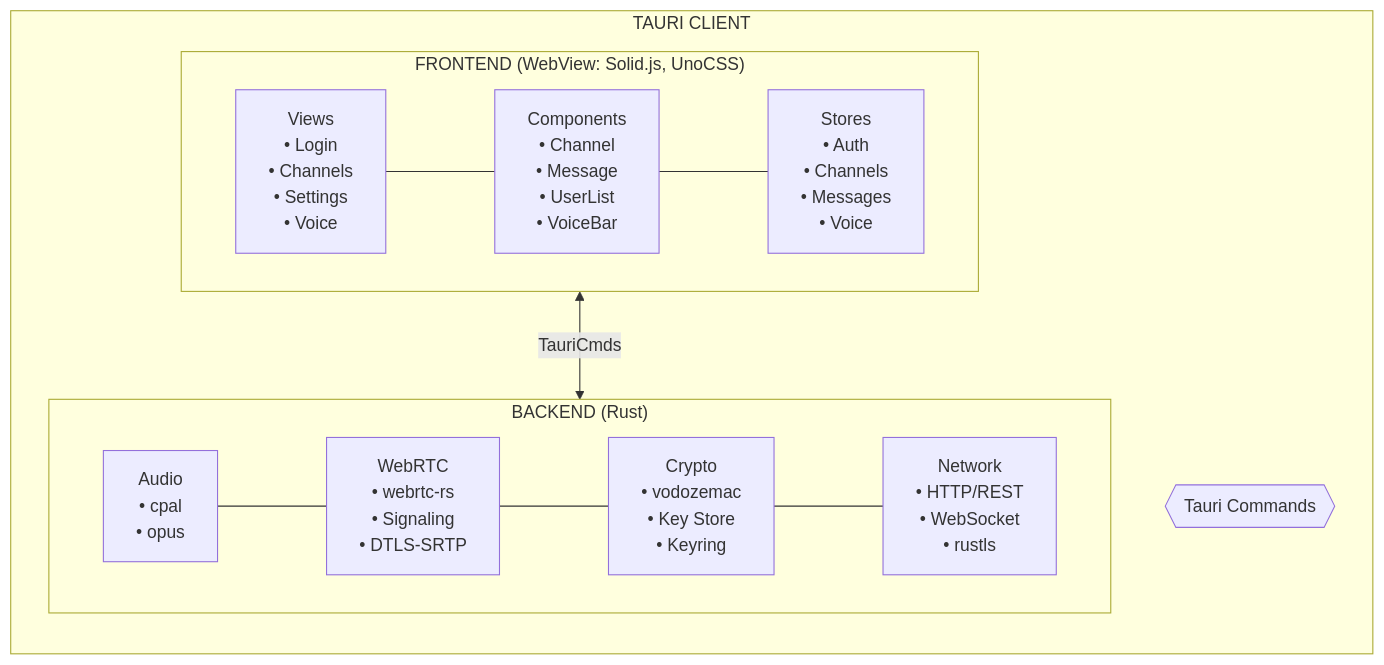
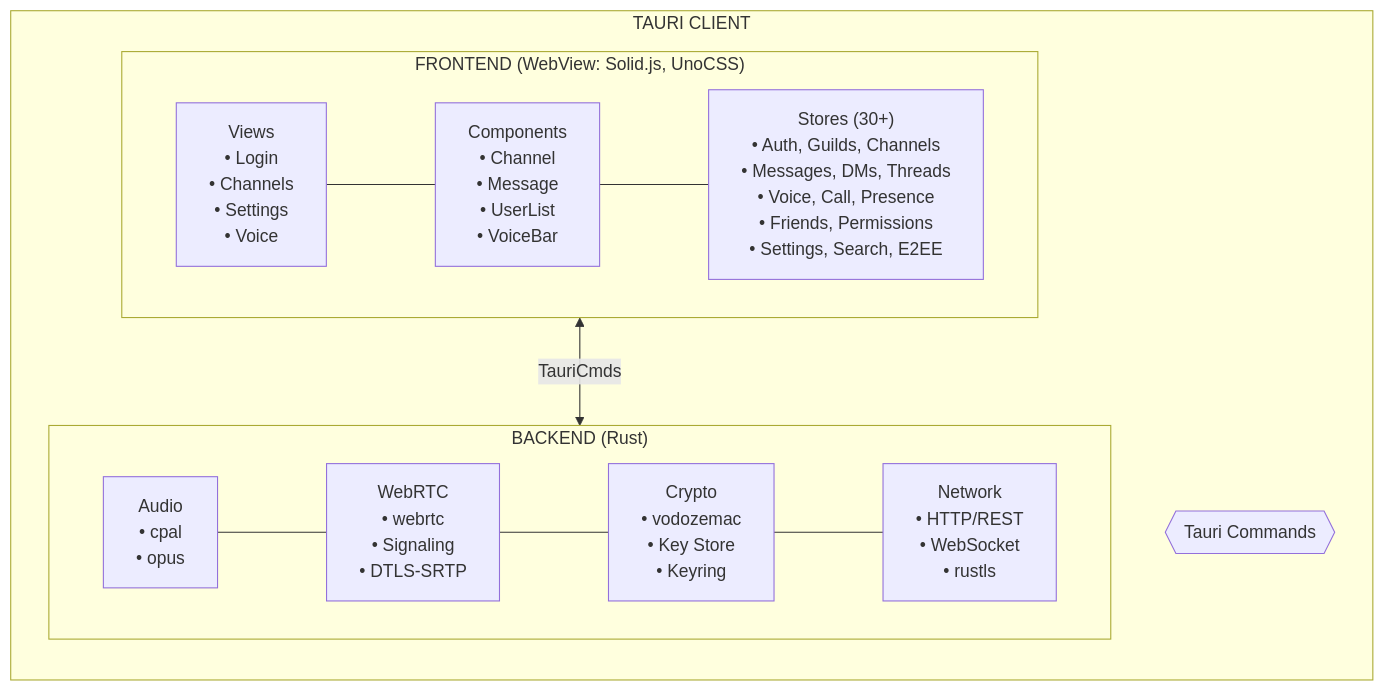
The second of 9 diagrams in docs/developer-guide/architecture/overview.md (Detair/kaiku), drawn with Mermaid before and after one commit. The commit also changed other lines of this file and 9 other files, not shown here.

First line of the commit message:
docs: fix documentation inconsistencies and update diagrams (#308)

````diff
--- a/docs/developer-guide/architecture/overview.md
+++ b/docs/developer-guide/architecture/overview.md
@@ -56,26 +56,26 @@
 ```mermaid
 flowchart TD
     subgraph TauriClient ["TAURI CLIENT"]
         direction TB
         subgraph Frontend ["FRONTEND (WebView: Solid.js, UnoCSS)"]
             direction LR
             Views["Views\n• Login\n• Channels\n• Settings\n• Voice"]
             Comps["Components\n• Channel\n• Message\n• UserList\n• VoiceBar"]
-            Stores["Stores\n• Auth\n• Channels\n• Messages\n• Voice"]
+            Stores["Stores (30+)\n• Auth, Guilds, Channels\n• Messages, DMs, Threads\n• Voice, Call, Presence\n• Friends, Permissions\n• Settings, Search, E2EE"]
             Views --- Comps --- Stores
         end
 
         TauriCmds{{"Tauri Commands"}}
 
         subgraph Backend ["BACKEND (Rust)"]
             direction LR
             Audio["Audio\n• cpal\n• opus"]
-            WebRTC["WebRTC\n• webrtc-rs\n• Signaling\n• DTLS-SRTP"]
+            WebRTC["WebRTC\n• webrtc\n• Signaling\n• DTLS-SRTP"]
             Crypto["Crypto\n• vodozemac\n• Key Store\n• Keyring"]
             Net["Network\n• HTTP/REST\n• WebSocket\n• rustls"]
             Audio --- WebRTC --- Crypto --- Net
         end
 
         Frontend <-->|TauriCmds| Backend
     end
 ```
````
